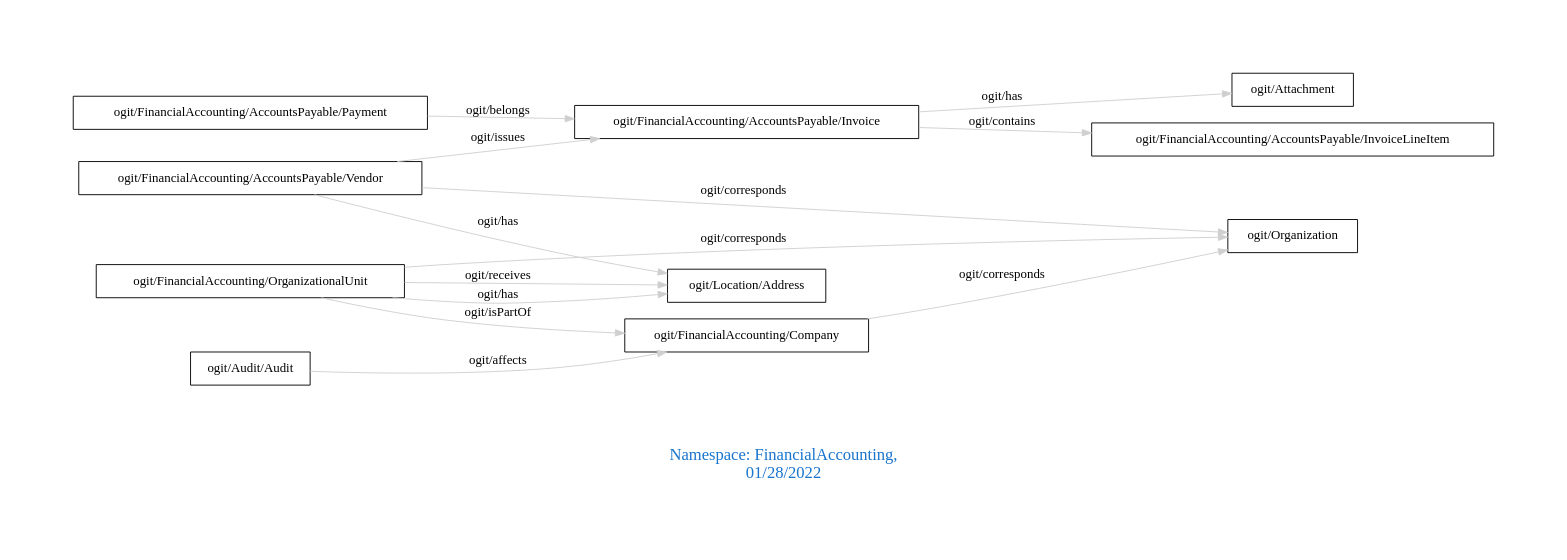
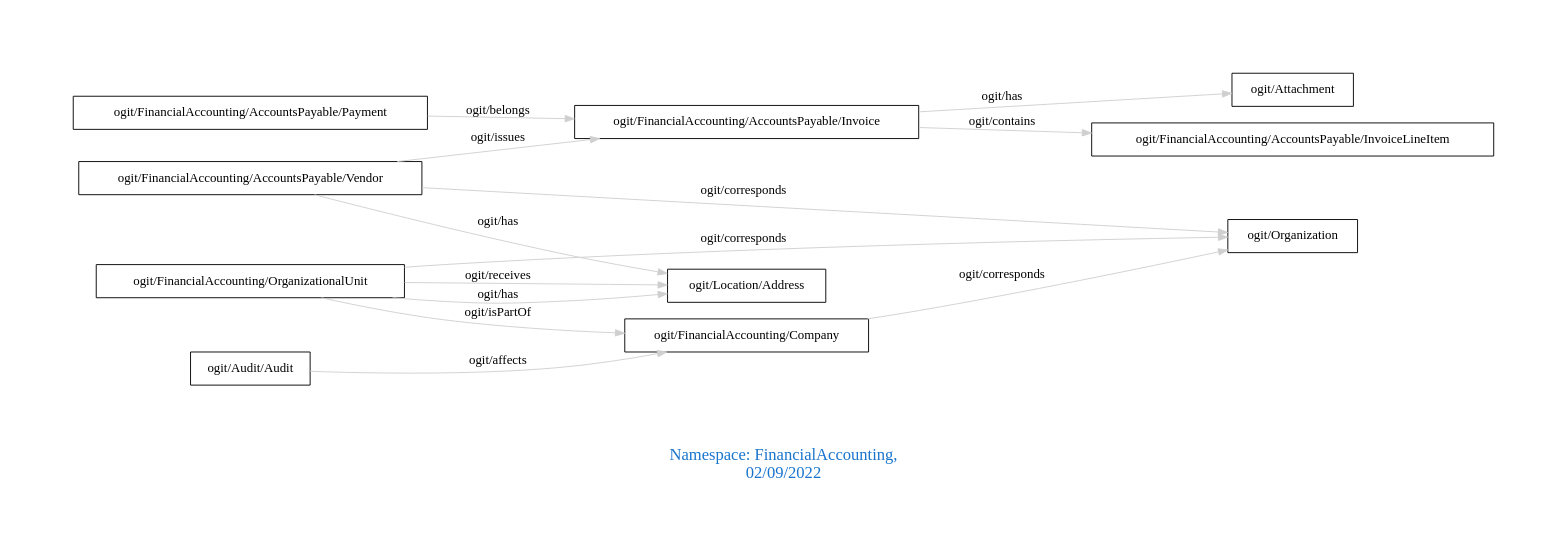
The diagram in downloads/FinancialAccounting.dot (arago/OGIT), drawn with Graphviz before and after one commit. The commit also changed 1915 other files, not shown here.

```diff
--- a/downloads/FinancialAccounting.dot
+++ b/downloads/FinancialAccounting.dot
@@ -1,20 +1,20 @@
 digraph OGIT_ontology {
  graph [ rankdir= LR,pad=1 
 fontsize = 18,
-fontcolor= dodgerblue3,label = "\n\n\nNamespace: FinancialAccounting, \n 01/28/2022"];
+fontcolor= dodgerblue3,label = "\n\n\nNamespace: FinancialAccounting, \n 02/09/2022"];
 node[shape=polygon];
 edge [  color="gray81"];
 
    "ogit/FinancialAccounting/AccountsPayable/Invoice" -> "ogit/FinancialAccounting/AccountsPayable/InvoiceLineItem" [label="   ogit/contains    "];
    "ogit/FinancialAccounting/AccountsPayable/Vendor" -> "ogit/Organization" [label="   ogit/corresponds    "];
    "ogit/FinancialAccounting/Company" -> "ogit/Organization" [label="   ogit/corresponds    "];
    "ogit/FinancialAccounting/OrganizationalUnit" -> "ogit/Organization" [label="   ogit/corresponds    "];
    "ogit/FinancialAccounting/AccountsPayable/Vendor" -> "ogit/FinancialAccounting/AccountsPayable/Invoice" [label="   ogit/issues    "];
    "ogit/Audit/Audit" -> "ogit/FinancialAccounting/Company" [label="   ogit/affects    "];
    "ogit/FinancialAccounting/AccountsPayable/Payment" -> "ogit/FinancialAccounting/AccountsPayable/Invoice" [label="   ogit/belongs    "];
    "ogit/FinancialAccounting/OrganizationalUnit" -> "ogit/Location/Address" [label="   ogit/receives    "];
    "ogit/FinancialAccounting/AccountsPayable/Invoice" -> "ogit/Attachment" [label="   ogit/has    "];
    "ogit/FinancialAccounting/AccountsPayable/Vendor" -> "ogit/Location/Address" [label="   ogit/has    "];
    "ogit/FinancialAccounting/OrganizationalUnit" -> "ogit/Location/Address" [label="   ogit/has    "];
    "ogit/FinancialAccounting/OrganizationalUnit" -> "ogit/FinancialAccounting/Company" [label="   ogit/isPartOf    "];
 }
```
